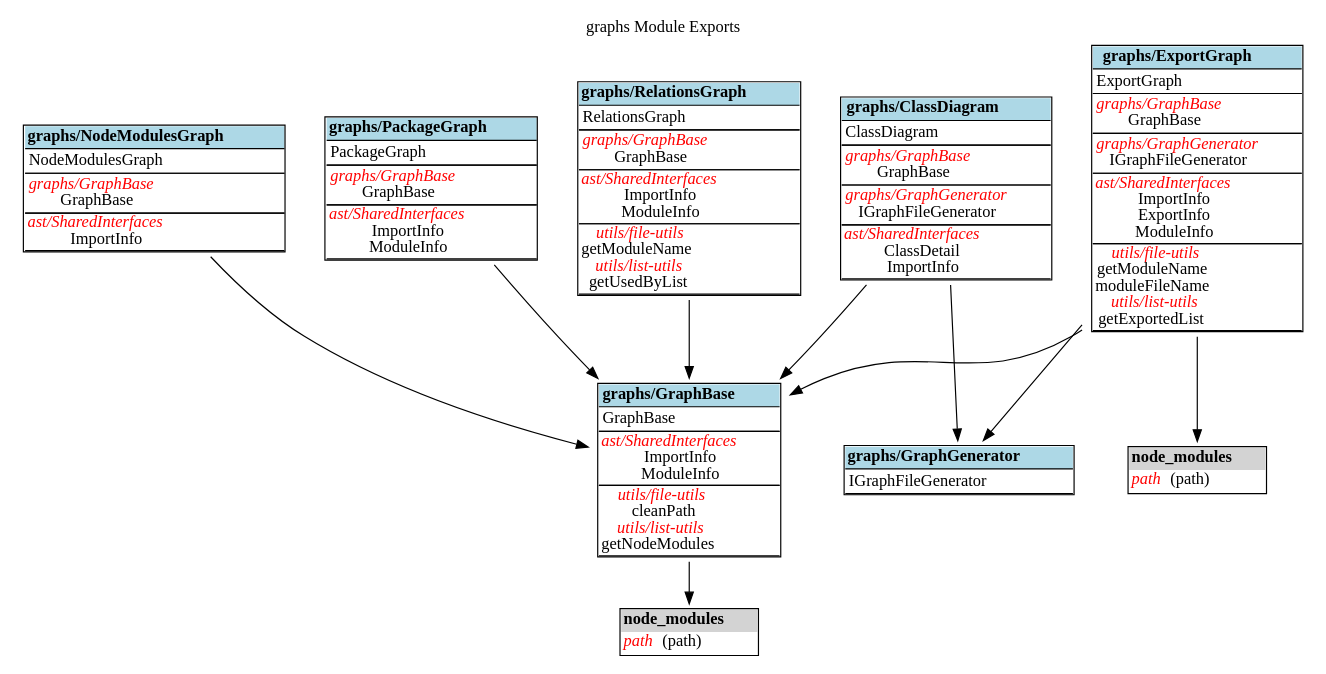
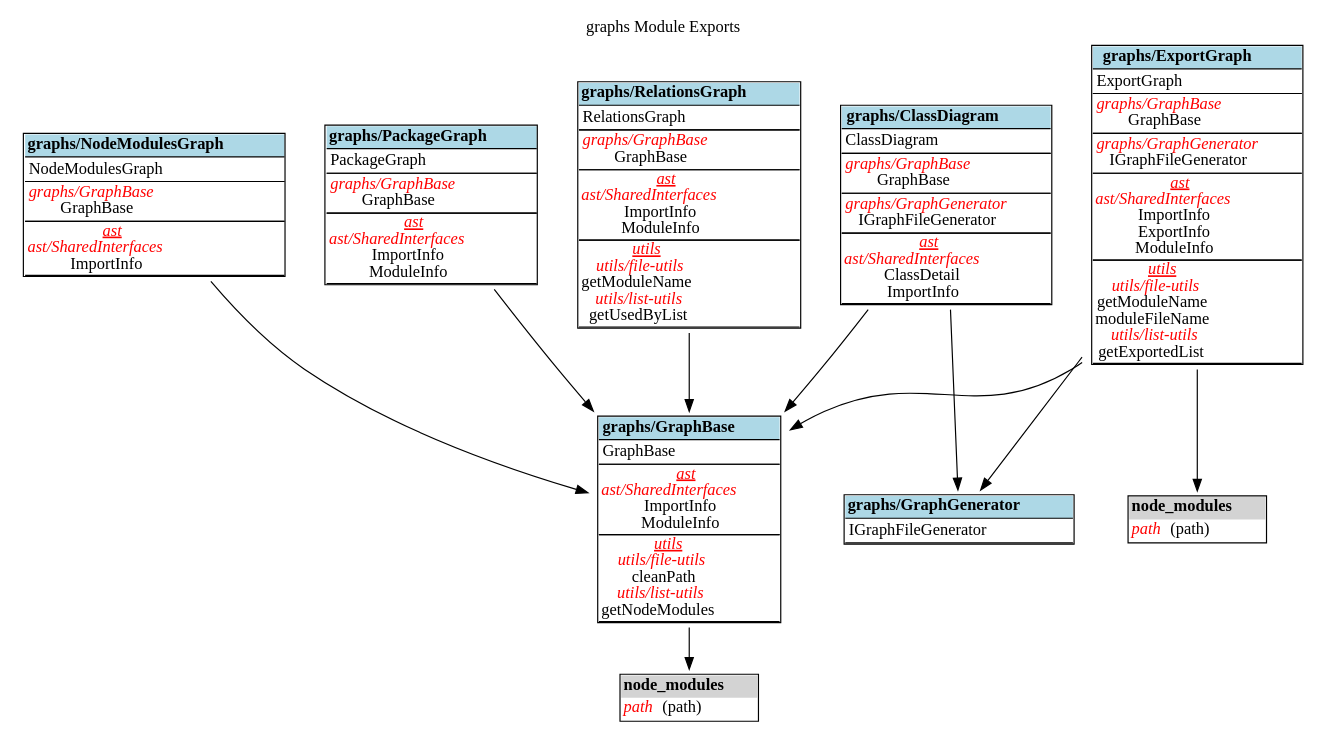
Before and after one commit to fleebe/GitHubPages: the diagram in dep-graph-ts/graphs/ExportGraph.dot, drawn with Graphviz. The commit also changed 30 other files, not shown here.

Commit message:
Update docs for dep-graph-ts from fleebe/dep-graph-ts workflow

```diff
--- a/dep-graph-ts/graphs/ExportGraph.dot
+++ b/dep-graph-ts/graphs/ExportGraph.dot
@@ -1,143 +1,152 @@
 digraph {label="graphs Module Exports";
 labelloc="t";
 "graphs/ClassDiagram" [shape=none, label=<<TABLE cellspacing="0" cellborder="0" align="left">
 <TR><TD bgcolor="lightblue" align="center"><B>graphs/ClassDiagram</B></TD></TR>
 <TR><TD BORDER="1" SIDES="TB" align="left">
 ClassDiagram<BR/>
 </TD></TR>
 <TR><TD BORDER="1" SIDES="TB" align="left">
 <font color="red"><I>graphs/GraphBase</I></font><BR/>
 GraphBase<BR/>
 </TD></TR>
 <TR><TD BORDER="1" SIDES="TB" align="left">
 <font color="red"><I>graphs/GraphGenerator</I></font><BR/>
 IGraphFileGenerator<BR/>
 </TD></TR>
-<TR><TD BORDER="1" SIDES="TB" cellpadding="1" align="left">
+<TR><TD BORDER="1" SIDES="TB" cellpadding="1" align="left" HREF="diagrams.html#ast" TARGET="_top">
+<font color="red"><I><U>ast</U></I></font><BR/>
 <font color="red"><I>ast/SharedInterfaces</I></font><BR/>
 ClassDetail<BR/>
 ImportInfo<BR/>
 </TD></TR>
 </TABLE>>];
 "graphs/ExportGraph" [shape=none, label=<<TABLE cellspacing="0" cellborder="0" align="left">
 <TR><TD bgcolor="lightblue" align="center"><B>graphs/ExportGraph</B></TD></TR>
 <TR><TD BORDER="1" SIDES="TB" align="left">
 ExportGraph<BR/>
 </TD></TR>
 <TR><TD BORDER="1" SIDES="TB" align="left">
 <font color="red"><I>graphs/GraphBase</I></font><BR/>
 GraphBase<BR/>
 </TD></TR>
 <TR><TD BORDER="1" SIDES="TB" align="left">
 <font color="red"><I>graphs/GraphGenerator</I></font><BR/>
 IGraphFileGenerator<BR/>
 </TD></TR>
-<TR><TD BORDER="1" SIDES="TB" cellpadding="1" align="left">
+<TR><TD BORDER="1" SIDES="TB" cellpadding="1" align="left" HREF="diagrams.html#ast" TARGET="_top">
+<font color="red"><I><U>ast</U></I></font><BR/>
 <font color="red"><I>ast/SharedInterfaces</I></font><BR/>
 ImportInfo<BR/>
 ExportInfo<BR/>
 ModuleInfo<BR/>
 </TD></TR>
-<TR><TD BORDER="1" SIDES="TB" cellpadding="1" align="left">
+<TR><TD BORDER="1" SIDES="TB" cellpadding="1" align="left" HREF="diagrams.html#utils" TARGET="_top">
+<font color="red"><I><U>utils</U></I></font><BR/>
 <font color="red"><I>utils/file-utils</I></font><BR/>
 getModuleName<BR/>
 moduleFileName<BR/>
 <font color="red"><I>utils/list-utils</I></font><BR/>
 getExportedList<BR/>
 </TD></TR>
 </TABLE>>];
 "graphs/ExportGraph-node_modules" [shape=none, label=<<TABLE cellspacing="0" cellborder="0" align="left">
 <TR><TD bgcolor="lightgrey" align="center"><B>node_modules</B></TD></TR>
 <TR><TD align="left">
 <font color="red"><I>path</I></font> (path)<BR/>
 </TD></TR>
 </TABLE>>];
 "graphs/ExportGraph"->"graphs/ExportGraph-node_modules";
 "graphs/GraphBase" [shape=none, label=<<TABLE cellspacing="0" cellborder="0" align="left">
 <TR><TD bgcolor="lightblue" align="center"><B>graphs/GraphBase</B></TD></TR>
 <TR><TD BORDER="1" SIDES="TB" align="left">
 GraphBase<BR/>
 </TD></TR>
-<TR><TD BORDER="1" SIDES="TB" cellpadding="1" align="left">
+<TR><TD BORDER="1" SIDES="TB" cellpadding="1" align="left" HREF="diagrams.html#ast" TARGET="_top">
+<font color="red"><I><U>ast</U></I></font><BR/>
 <font color="red"><I>ast/SharedInterfaces</I></font><BR/>
 ImportInfo<BR/>
 ModuleInfo<BR/>
 </TD></TR>
-<TR><TD BORDER="1" SIDES="TB" cellpadding="1" align="left">
+<TR><TD BORDER="1" SIDES="TB" cellpadding="1" align="left" HREF="diagrams.html#utils" TARGET="_top">
+<font color="red"><I><U>utils</U></I></font><BR/>
 <font color="red"><I>utils/file-utils</I></font><BR/>
 cleanPath<BR/>
 <font color="red"><I>utils/list-utils</I></font><BR/>
 getNodeModules<BR/>
 </TD></TR>
 </TABLE>>];
 "graphs/GraphBase-node_modules" [shape=none, label=<<TABLE cellspacing="0" cellborder="0" align="left">
 <TR><TD bgcolor="lightgrey" align="center"><B>node_modules</B></TD></TR>
 <TR><TD align="left">
 <font color="red"><I>path</I></font> (path)<BR/>
 </TD></TR>
 </TABLE>>];
 "graphs/GraphBase"->"graphs/GraphBase-node_modules";
 "graphs/GraphGenerator" [shape=none, label=<<TABLE cellspacing="0" cellborder="0" align="left">
 <TR><TD bgcolor="lightblue" align="center"><B>graphs/GraphGenerator</B></TD></TR>
 <TR><TD BORDER="1" SIDES="TB" align="left">
 IGraphFileGenerator<BR/>
 </TD></TR>
 </TABLE>>];
 "graphs/NodeModulesGraph" [shape=none, label=<<TABLE cellspacing="0" cellborder="0" align="left">
 <TR><TD bgcolor="lightblue" align="center"><B>graphs/NodeModulesGraph</B></TD></TR>
 <TR><TD BORDER="1" SIDES="TB" align="left">
 NodeModulesGraph<BR/>
 </TD></TR>
 <TR><TD BORDER="1" SIDES="TB" align="left">
 <font color="red"><I>graphs/GraphBase</I></font><BR/>
 GraphBase<BR/>
 </TD></TR>
-<TR><TD BORDER="1" SIDES="TB" cellpadding="1" align="left">
+<TR><TD BORDER="1" SIDES="TB" cellpadding="1" align="left" HREF="diagrams.html#ast" TARGET="_top">
+<font color="red"><I><U>ast</U></I></font><BR/>
 <font color="red"><I>ast/SharedInterfaces</I></font><BR/>
 ImportInfo<BR/>
 </TD></TR>
 </TABLE>>];
 "graphs/PackageGraph" [shape=none, label=<<TABLE cellspacing="0" cellborder="0" align="left">
 <TR><TD bgcolor="lightblue" align="center"><B>graphs/PackageGraph</B></TD></TR>
 <TR><TD BORDER="1" SIDES="TB" align="left">
 PackageGraph<BR/>
 </TD></TR>
 <TR><TD BORDER="1" SIDES="TB" align="left">
 <font color="red"><I>graphs/GraphBase</I></font><BR/>
 GraphBase<BR/>
 </TD></TR>
-<TR><TD BORDER="1" SIDES="TB" cellpadding="1" align="left">
+<TR><TD BORDER="1" SIDES="TB" cellpadding="1" align="left" HREF="diagrams.html#ast" TARGET="_top">
+<font color="red"><I><U>ast</U></I></font><BR/>
 <font color="red"><I>ast/SharedInterfaces</I></font><BR/>
 ImportInfo<BR/>
 ModuleInfo<BR/>
 </TD></TR>
 </TABLE>>];
 "graphs/RelationsGraph" [shape=none, label=<<TABLE cellspacing="0" cellborder="0" align="left">
 <TR><TD bgcolor="lightblue" align="center"><B>graphs/RelationsGraph</B></TD></TR>
 <TR><TD BORDER="1" SIDES="TB" align="left">
 RelationsGraph<BR/>
 </TD></TR>
 <TR><TD BORDER="1" SIDES="TB" align="left">
 <font color="red"><I>graphs/GraphBase</I></font><BR/>
 GraphBase<BR/>
 </TD></TR>
-<TR><TD BORDER="1" SIDES="TB" cellpadding="1" align="left">
+<TR><TD BORDER="1" SIDES="TB" cellpadding="1" align="left" HREF="diagrams.html#ast" TARGET="_top">
+<font color="red"><I><U>ast</U></I></font><BR/>
 <font color="red"><I>ast/SharedInterfaces</I></font><BR/>
 ImportInfo<BR/>
 ModuleInfo<BR/>
 </TD></TR>
-<TR><TD BORDER="1" SIDES="TB" cellpadding="1" align="left">
+<TR><TD BORDER="1" SIDES="TB" cellpadding="1" align="left" HREF="diagrams.html#utils" TARGET="_top">
+<font color="red"><I><U>utils</U></I></font><BR/>
 <font color="red"><I>utils/file-utils</I></font><BR/>
 getModuleName<BR/>
 <font color="red"><I>utils/list-utils</I></font><BR/>
 getUsedByList<BR/>
 </TD></TR>
 </TABLE>>];
 "graphs/ClassDiagram"->"graphs/GraphBase";
 "graphs/ClassDiagram"->"graphs/GraphGenerator";
 "graphs/ExportGraph"->"graphs/GraphBase";
 "graphs/ExportGraph"->"graphs/GraphGenerator";
 "graphs/NodeModulesGraph"->"graphs/GraphBase";
 "graphs/PackageGraph"->"graphs/GraphBase";
 "graphs/RelationsGraph"->"graphs/GraphBase";
 }
```
